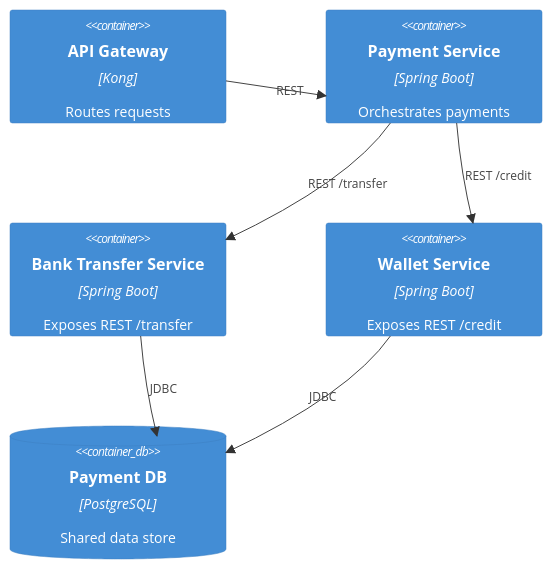
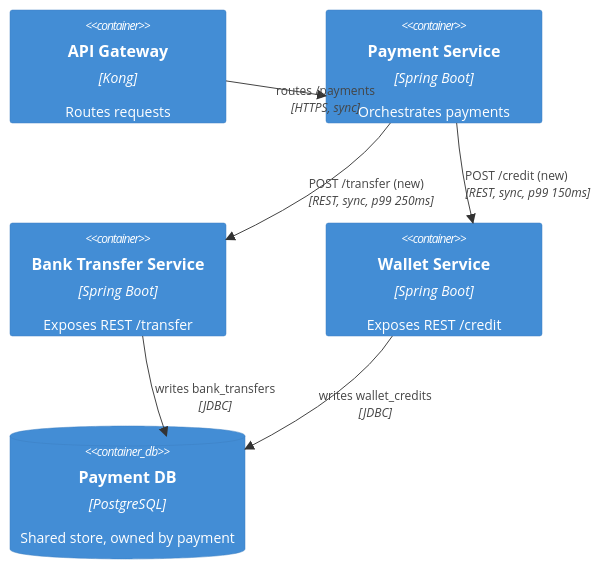
One commit to sjmyuan/gg-daily-workbench changed the first of 4 diagrams in skills/draft-adr/examples/option-tech-details-example.md. Above: the diagram before and after it, drawn with Mermaid. The commit also changed other lines of this file and 12 other files, not shown here.

````diff
--- a/skills/draft-adr/examples/option-tech-details-example.md
+++ b/skills/draft-adr/examples/option-tech-details-example.md
@@ -39,13 +39,13 @@
 ```mermaid
 C4Container
   Container(api, "API Gateway", "Kong", "Routes requests")
   Container(pay, "Payment Service", "Spring Boot", "Orchestrates payments")
   Container(bt, "Bank Transfer Service", "Spring Boot", "Exposes REST /transfer")
   Container(w, "Wallet Service", "Spring Boot", "Exposes REST /credit")
-  ContainerDb(db, "Payment DB", "PostgreSQL", "Shared data store")
-  Rel(api, pay, "REST")
-  Rel(pay, bt, "REST /transfer")
-  Rel(pay, w, "REST /credit")
-  Rel(bt, db, "JDBC")
-  Rel(w, db, "JDBC")
+  ContainerDb(db, "Payment DB", "PostgreSQL", "Shared store, owned by payment")
+  Rel(api, pay, "routes /payments", "HTTPS, sync")
+  Rel(pay, bt, "POST /transfer (new)", "REST, sync, p99 250ms")
+  Rel(pay, w, "POST /credit (new)", "REST, sync, p99 150ms")
+  Rel(bt, db, "writes bank_transfers", "JDBC")
+  Rel(w, db, "writes wallet_credits", "JDBC")
 ```
````
